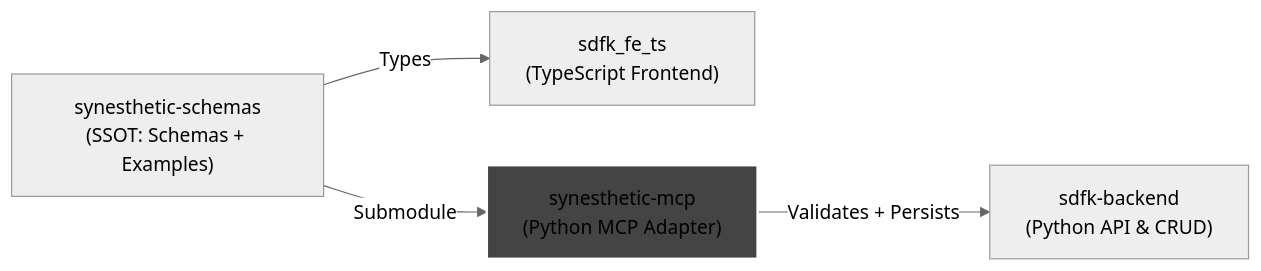
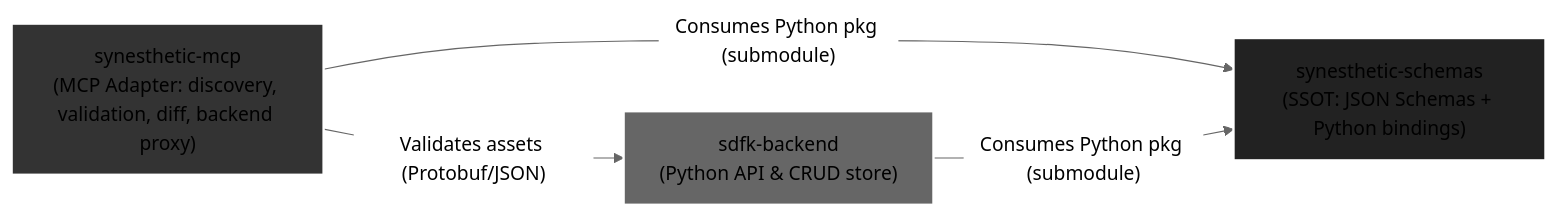
The diagram in README.md (delk73/synesthetic-mcp), drawn with Mermaid (neutral theme) before and after one commit.

````diff
--- a/README.md
+++ b/README.md
@@ -12,13 +12,14 @@
 ```mermaid
 flowchart LR
-  FE["sdfk_fe_ts\n(TypeScript Frontend)"]
-  BE["sdfk-backend\n(Python API & CRUD)"]
-  MCP["synesthetic-mcp\n(Python MCP Adapter)"]
-  SSOT["synesthetic-schemas\n(SSOT: Schemas + Examples)"]
+  MCP["synesthetic-mcp\n(MCP Adapter: discovery, validation, diff, backend proxy)"]
+  BE["sdfk-backend\n(Python API & CRUD store)"]
+  SSOT["synesthetic-schemas\n(SSOT: JSON Schemas + Python bindings)"]
 
-  MCP --> |Validates + Persists| BE
-  SSOT --> |Submodule| MCP
-  SSOT --> |Types| FE
+  MCP --> |"Validates assets (Protobuf/JSON)"| BE
+  MCP --> |"Consumes Python pkg (submodule)"| SSOT
+  BE --> |"Consumes Python pkg (submodule)"| SSOT
 
-  style MCP fill:#444444,stroke:#ffffff,stroke-width:2px
+  style MCP fill:#333333,stroke:#ffffff,stroke-width:2px
+  style BE fill:#666666,stroke:#ffffff,stroke-width:2px
+  style SSOT fill:#222222,stroke:#ffffff,stroke-width:2px
 ```
````
